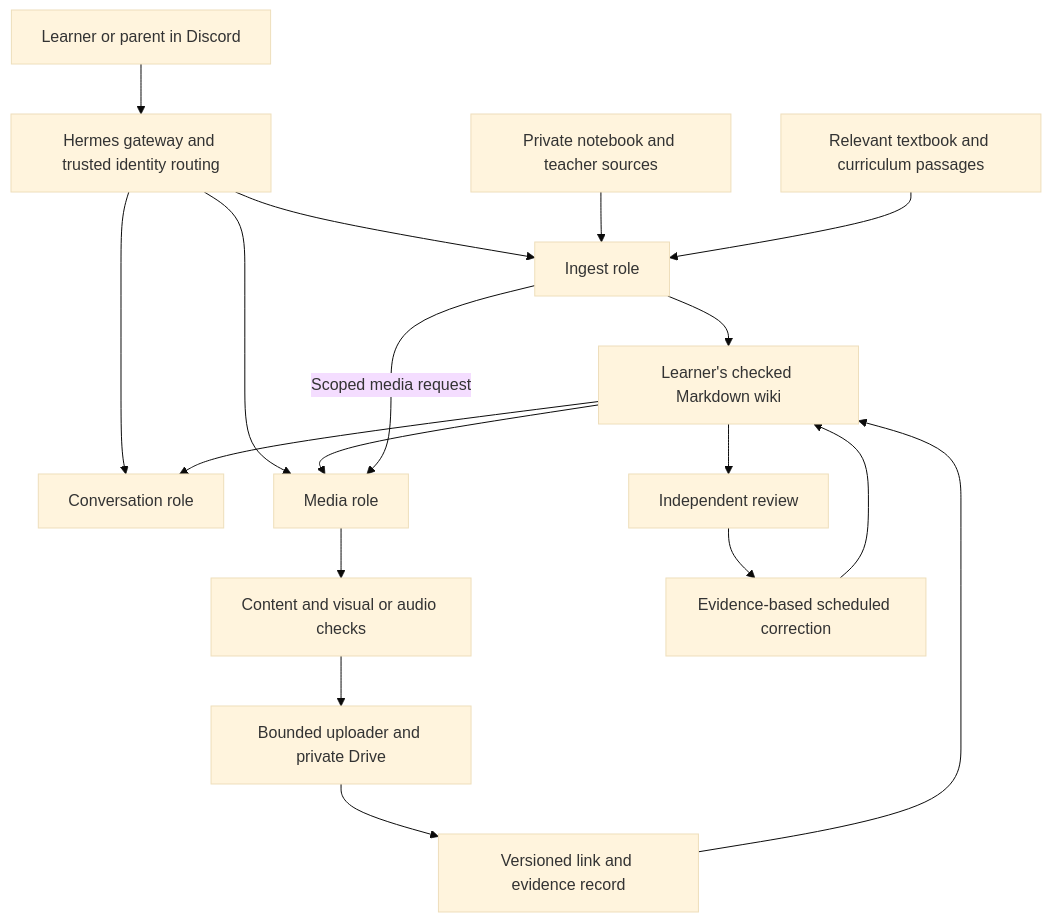
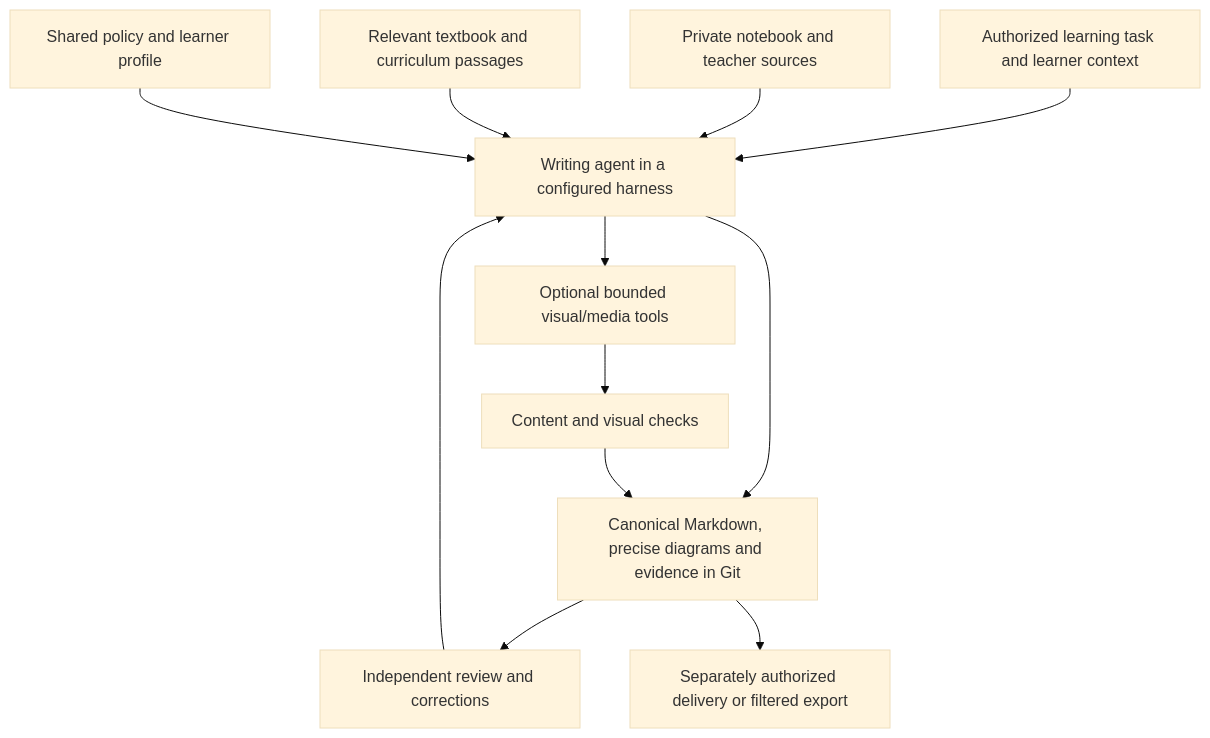
One commit to dlaszlo/llm-school-notes-template changed the diagram in instructions/system-guide.md. Above: the diagram before and after it, drawn with Mermaid (base theme). The commit also changed other lines of this file and 27 other files, not shown here.

````diff
--- a/instructions/system-guide.md
+++ b/instructions/system-guide.md
@@ -24,20 +25,14 @@
 ```mermaid
 flowchart TD
-    U["Learner or parent in Discord"] --> H["Hermes gateway and trusted identity routing"]
-    H --> G["Conversation role"]
-    H --> D["Ingest role"]
-    H --> M["Media role"]
-    S["Private notebook and teacher sources"] --> D
-    R["Relevant textbook and curriculum passages"] --> D
-    D --> W["Learner's checked Markdown wiki"]
-    W --> G
-    W --> M
-    D -->|"Scoped media request"| M
-    M --> Q["Content and visual or audio checks"]
-    Q --> F["Bounded uploader and private Drive"]
-    F --> L["Versioned link and evidence record"]
-    L --> W
-    W --> C["Independent review"]
-    C --> A["Evidence-based scheduled correction"]
-    A --> W
+    U["Authorized learning task and learner context"] --> A["Writing agent in a configured harness"]
+    S["Private notebook and teacher sources"] --> A
+    R["Relevant textbook and curriculum passages"] --> A
+    P["Shared policy and learner profile"] --> A
+    A --> W["Canonical Markdown, precise diagrams and evidence in Git"]
+    A --> V["Optional bounded visual/media tools"]
+    V --> Q["Content and visual checks"]
+    Q --> W
+    W --> C["Independent review and corrections"]
+    C --> A
+    W --> E["Separately authorized delivery or filtered export"]
 ```
````
